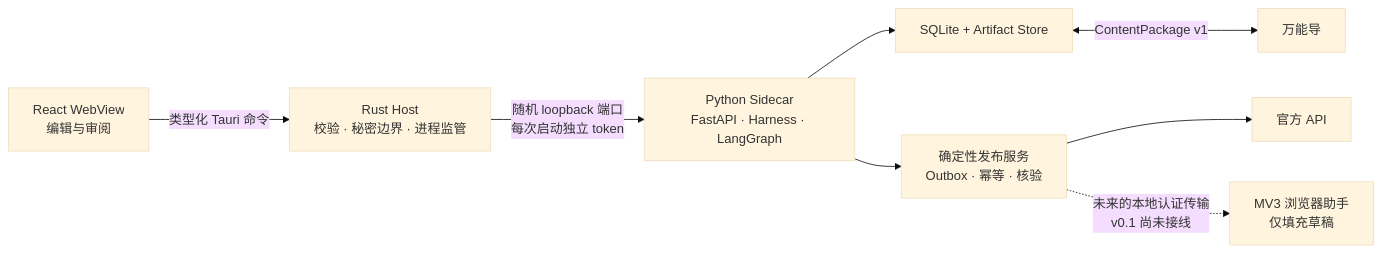
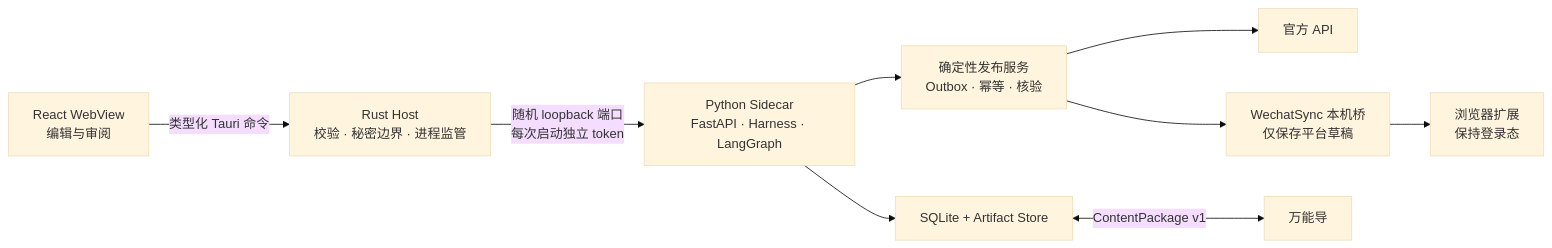
The diagram in README.md (tllovesxs/open-publisher), drawn with Mermaid (base theme) before and after one commit. The commit also changed other lines of this file and 26 other files, not shown here.

Commit message:
feat: add article rewrite and WechatSync draft sync

````diff
--- a/README.md
+++ b/README.md
@@ -40,10 +40,11 @@
 ```mermaid
 flowchart LR
     UI["React WebView<br/>编辑与审阅"] -->|"类型化 Tauri 命令"| Rust["Rust Host<br/>校验 · 秘密边界 · 进程监管"]
     Rust -->|"随机 loopback 端口<br/>每次启动独立 token"| Py["Python Sidecar<br/>FastAPI · Harness · LangGraph"]
     Py --> Store["SQLite + Artifact Store"]
     Py --> Outbox["确定性发布服务<br/>Outbox · 幂等 · 核验"]
     Outbox --> API["官方 API"]
-    Outbox -.->|"未来的本地认证传输<br/>v0.1 尚未接线"| Ext["MV3 浏览器助手<br/>仅填充草稿"]
+    Outbox --> Bridge["WechatSync 本机桥<br/>仅保存平台草稿"]
+    Bridge --> Ext["浏览器扩展<br/>保持登录态"]
     Store <-->|"ContentPackage v1"| Wandao["万能导"]
 ```
````
